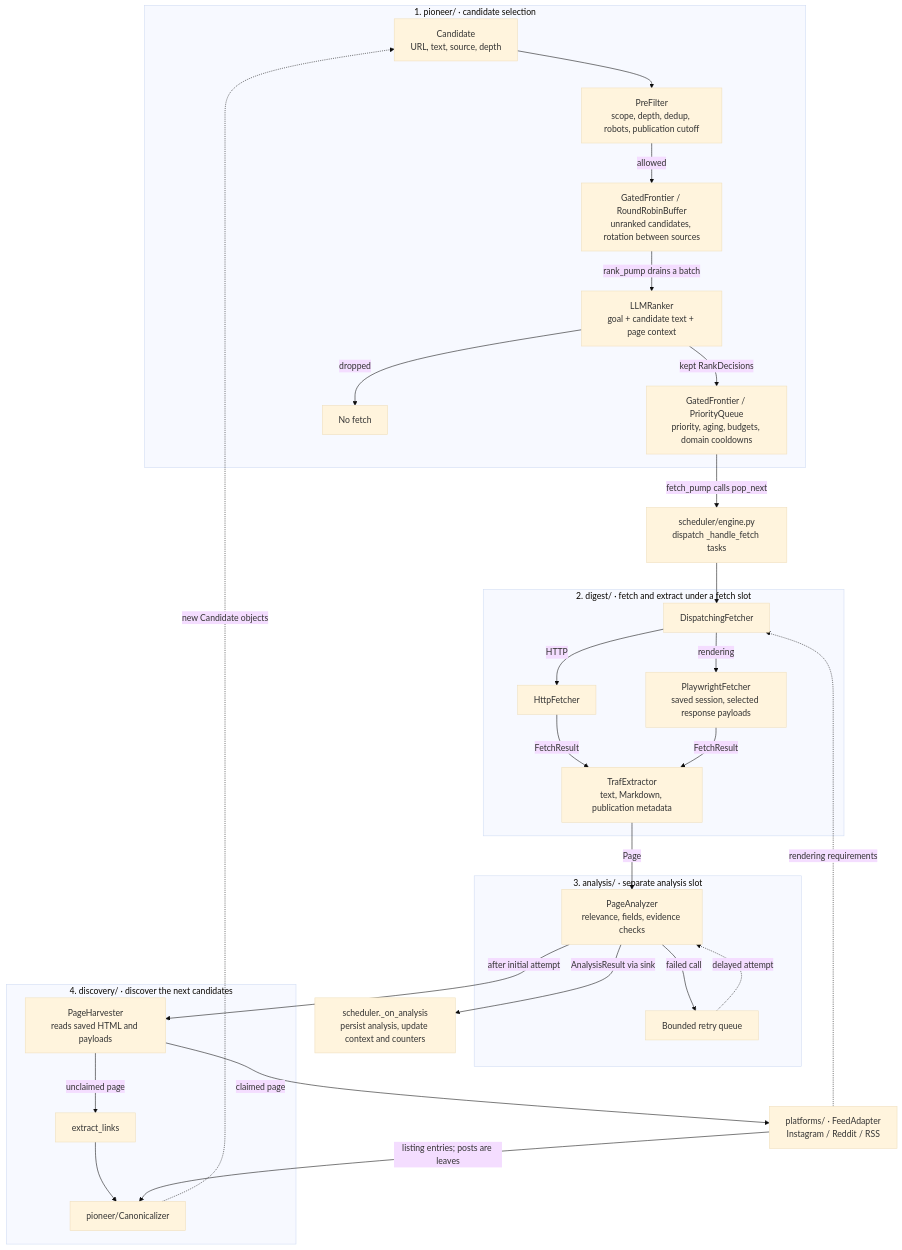
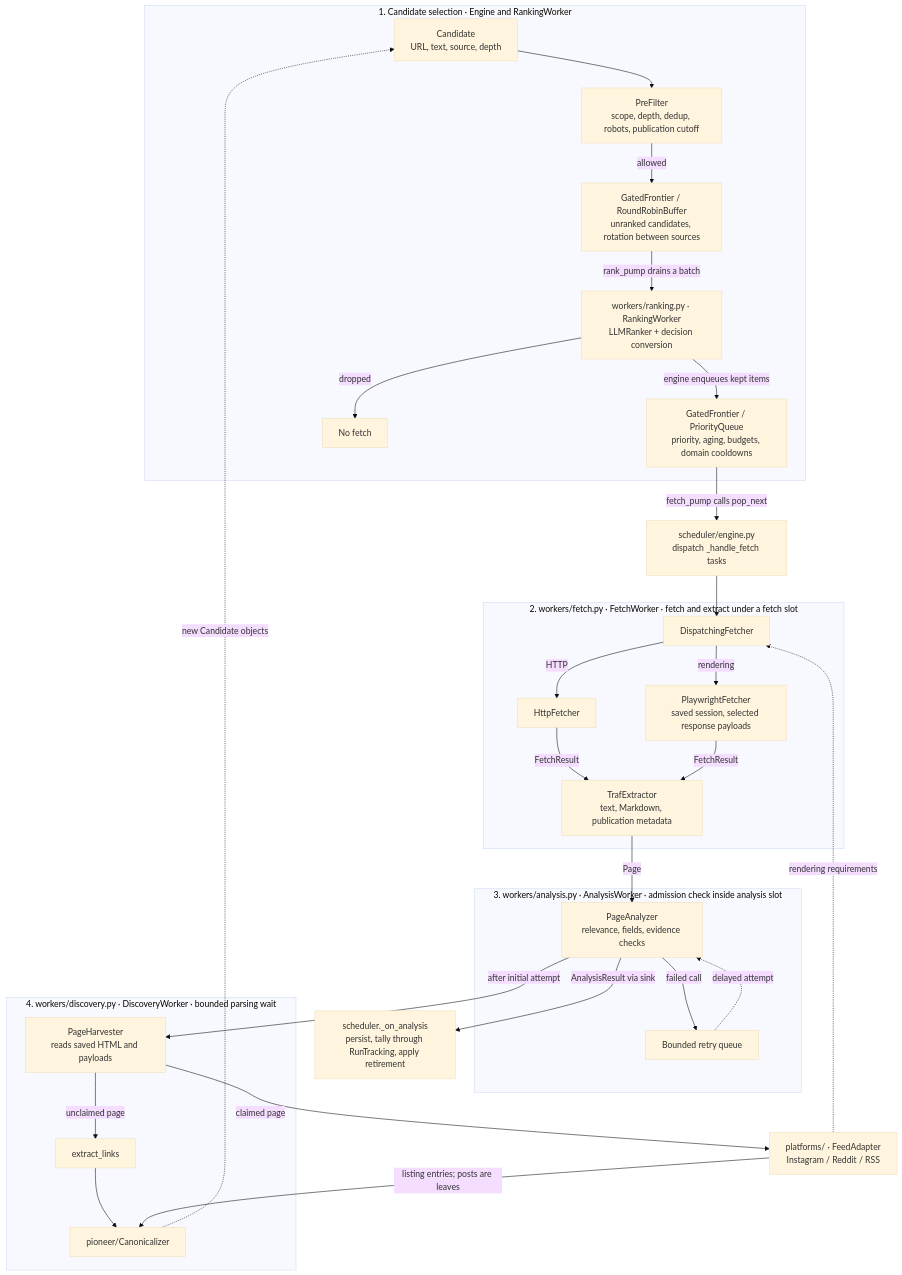
The first of 2 diagrams in docs/arch.md (shixuan/crawl-me-maybe), drawn with Mermaid (base theme) before and after one commit. The commit also changed other lines of this file and 18 other files, not shown here.

Commit message:
refactor: separate scheduler workers

````diff
--- a/docs/arch.md
+++ b/docs/arch.md
@@ -8,41 +8,41 @@
 ```mermaid
 flowchart TB
-    subgraph pioneer["1. pioneer/ · candidate selection"]
+    subgraph pioneer["1. Candidate selection · Engine and RankingWorker"]
         candidates["Candidate<br>URL, text, source, depth"] --> filter["PreFilter<br>scope, depth, dedup, robots, publication cutoff"]
         filter -->|allowed| buffer["GatedFrontier / RoundRobinBuffer<br>unranked candidates, rotation between sources"]
-        buffer -->|rank_pump drains a batch| ranker["LLMRanker<br>goal + candidate text + page context"]
-        ranker -->|kept RankDecisions| queue["GatedFrontier / PriorityQueue<br>priority, aging, budgets, domain cooldowns"]
+        buffer -->|rank_pump drains a batch| ranker["workers/ranking.py · RankingWorker<br>LLMRanker + decision conversion"]
+        ranker -->|engine enqueues kept items| queue["GatedFrontier / PriorityQueue<br>priority, aging, budgets, domain cooldowns"]
         ranker -->|dropped| dropped["No fetch"]
     end
 
     queue -->|fetch_pump calls pop_next| dispatch["scheduler/engine.py<br>dispatch _handle_fetch tasks"]
 
-    subgraph digest["2. digest/ · fetch and extract under a fetch slot"]
+    subgraph digest["2. workers/fetch.py · FetchWorker · fetch and extract under a fetch slot"]
         fetcher[DispatchingFetcher] -->|HTTP| http[HttpFetcher]
         fetcher -->|rendering| browser["PlaywrightFetcher<br>saved session, selected response payloads"]
         http -->|FetchResult| extractor["TrafExtractor<br>text, Markdown, publication metadata"]
         browser -->|FetchResult| extractor
     end
     dispatch --> fetcher
 
-    subgraph analysis["3. analysis/ · separate analysis slot"]
+    subgraph analysis["3. workers/analysis.py · AnalysisWorker · admission check inside analysis slot"]
         analyzer["PageAnalyzer<br>relevance, fields, evidence checks"]
         analyzer -->|failed call| retry["Bounded retry queue"]
         retry -. delayed attempt .-> analyzer
     end
     extractor -->|Page| analyzer
-    analyzer -->|AnalysisResult via sink| sink["scheduler._on_analysis<br>persist analysis, update context and counters"]
+    analyzer -->|AnalysisResult via sink| sink["scheduler._on_analysis<br>persist, tally through RunTracking, apply retirement"]
 
-    subgraph discovery["4. discovery/ · discover the next candidates"]
+    subgraph discovery["4. workers/discovery.py · DiscoveryWorker · bounded parsing wait"]
         harvest["PageHarvester<br>reads saved HTML and payloads"]
         harvest -->|unclaimed page| links[extract_links]
         canonical["pioneer/Canonicalizer"]
         links --> canonical
     end
     adapters["platforms/ · FeedAdapter<br>Instagram / Reddit / RSS"]
     harvest -->|claimed page| adapters
     adapters -->|listing entries; posts are leaves| canonical
     adapters -. rendering requirements .-> fetcher
     analyzer -->|after initial attempt| harvest
     canonical -. new Candidate objects .-> candidates
 ```
````
